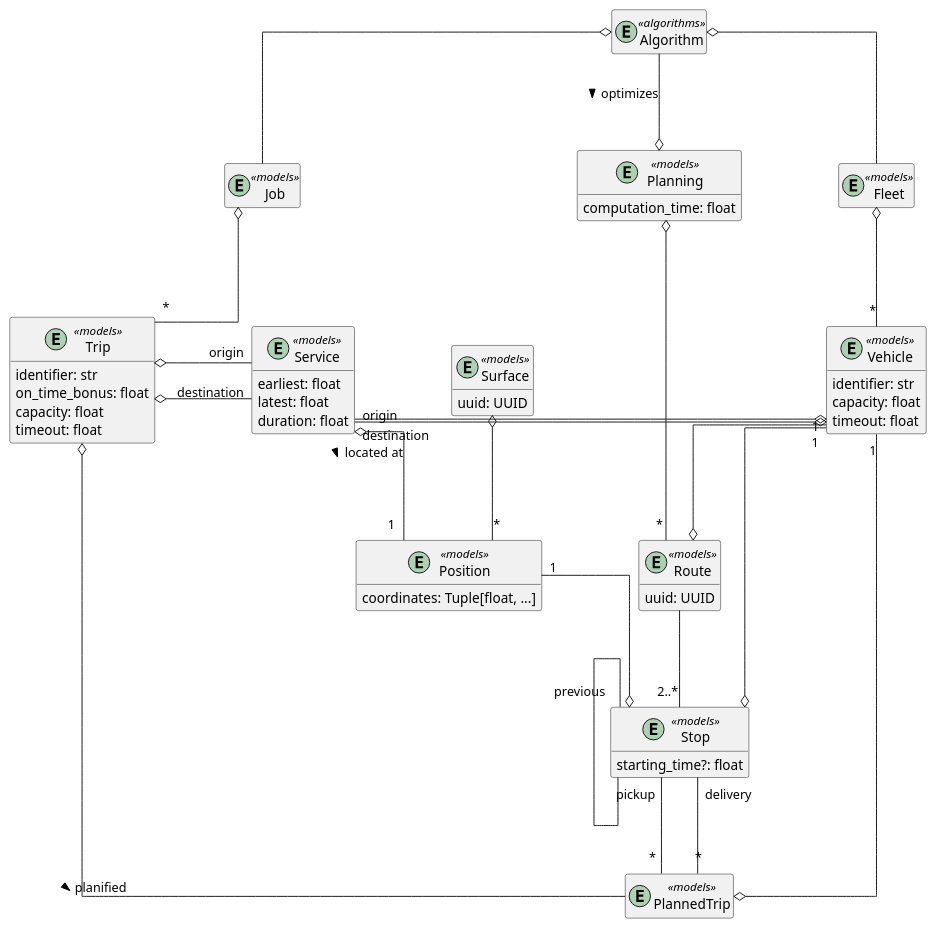
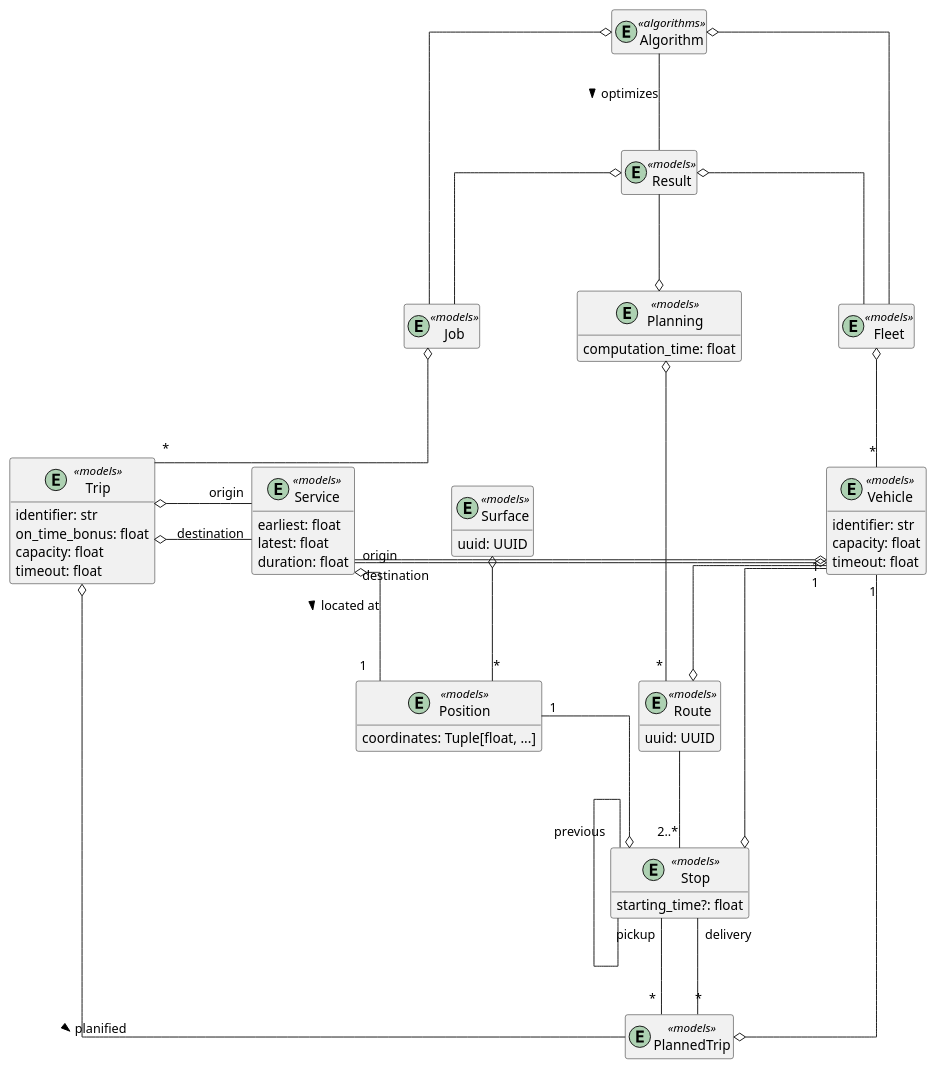
Before and after one commit to garciparedes/jinete: the diagram in docs/source/_static/data_model.puml, drawn with PlantUML.

Commit message:
ISSUE #101 * Minor improvements (2).

```diff
--- a/docs/source/_static/data_model.puml
+++ b/docs/source/_static/data_model.puml
@@ -1,82 +1,90 @@
 @startuml
 skinparam linetype ortho
 skinparam nodesep 100
 skinparam ranksep 100
 hide empty methods
 hide empty attributes
 
 entity Algorithm <<algorithms>>
 
 entity Vehicle <<models>> {
   identifier: str
   capacity: float
   timeout: float
 }
 
 entity Route <<models>> {
   uuid: UUID
 }
 
 entity Trip <<models>> {
   identifier: str
   on_time_bonus: float
   capacity: float
   timeout: float
 }
 
 entity PlannedTrip <<models>> {
 }
 
 entity Planning <<models>> {
   computation_time: float
 }
 
+entity Result <<models>> {
+}
+
+
 entity Stop <<models>> {
   starting_time?: float
 }
 
 entity Service <<models>> {
   earliest: float
   latest: float
   duration: float
 }
 
 entity Job <<models>> {
 }
 
 entity Fleet <<models>> {
 }
 
 entity Position <<models>> {
   coordinates: Tuple[float, ...]
 }
 
 entity Surface <<models>> {
   uuid: UUID
 }
 
 
+
 Job o-"*" Trip
-Algorithm --o Planning: optimizes >
+Algorithm -- Result: optimizes >
+Result --o Planning
+Result o-- Fleet
+Result o-- Job
 Algorithm o-- Fleet
 Algorithm o-- Job
 Planning o--"*" Route
 Trip o- PlannedTrip: planified >
 Trip o-right-"origin" Service
 Trip o-right-"destination" Service
 Service o--"1" Position: located at >
 PlannedTrip "*"-up-"pickup" Stop
 PlannedTrip "*"-up-"delivery" Stop
 Route --"2..*" Stop
 Position "1"-o Stop
 Position "*"-up-o Surface
 Vehicle "1"--o Stop
 Vehicle "1"--o PlannedTrip
 Vehicle "1"-down-o Route
 Stop "previous"-- Stop
 Fleet o--"*" Vehicle
 Vehicle o-left-"origin" Service
 Vehicle o-left-"destination" Service
 
 
 @enduml
```
